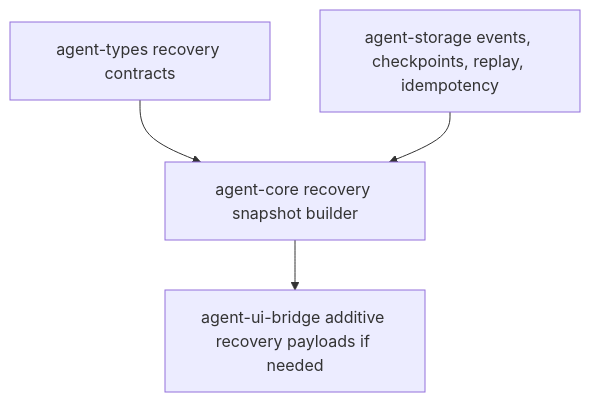
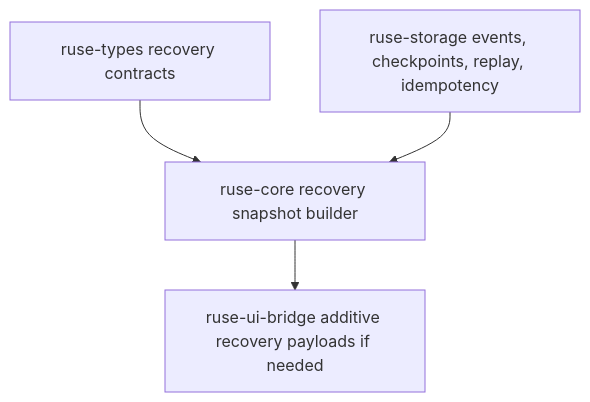
One commit to poneding/agent changed the diagram in docs/specs/M62-01-recovery-snapshot-resume.spec.md. Above: the diagram before and after it, drawn with Mermaid. The commit also changed other lines of this file and 2091 other files, not shown here.

First line of the commit message:
refactor: rename agent branding to ruse

````diff
--- a/docs/specs/M62-01-recovery-snapshot-resume.spec.md
+++ b/docs/specs/M62-01-recovery-snapshot-resume.spec.md
@@ -45,6 +45,6 @@
 ```mermaid
 flowchart TD
-  Types["agent-types recovery contracts"] --> Core["agent-core recovery snapshot builder"]
-  Storage["agent-storage events, checkpoints, replay, idempotency"] --> Core
-  Core --> Bridge["agent-ui-bridge additive recovery payloads if needed"]
+  Types["ruse-types recovery contracts"] --> Core["ruse-core recovery snapshot builder"]
+  Storage["ruse-storage events, checkpoints, replay, idempotency"] --> Core
+  Core --> Bridge["ruse-ui-bridge additive recovery payloads if needed"]
 ```
````
